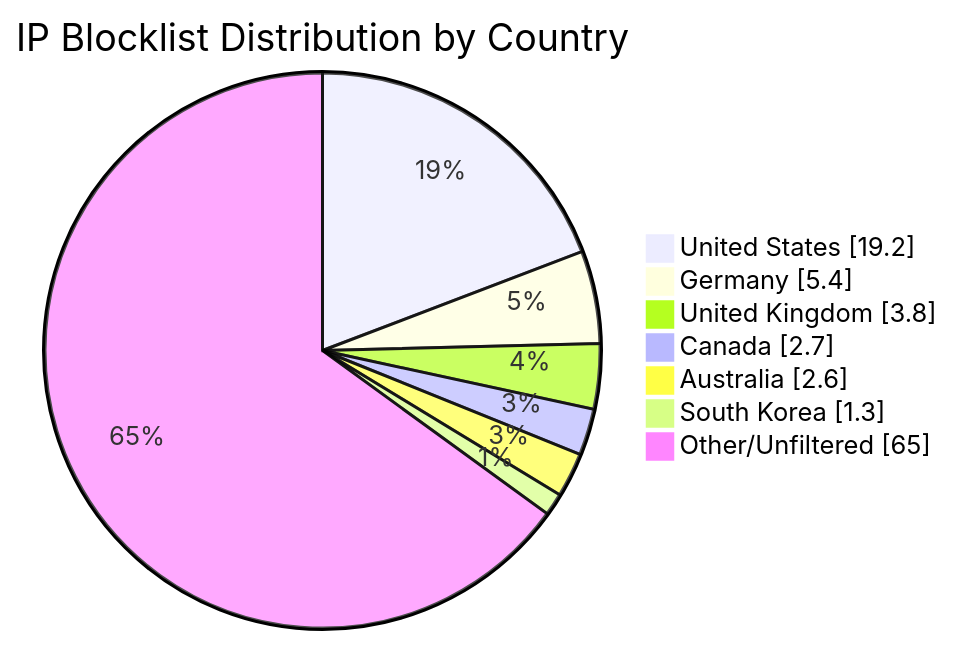
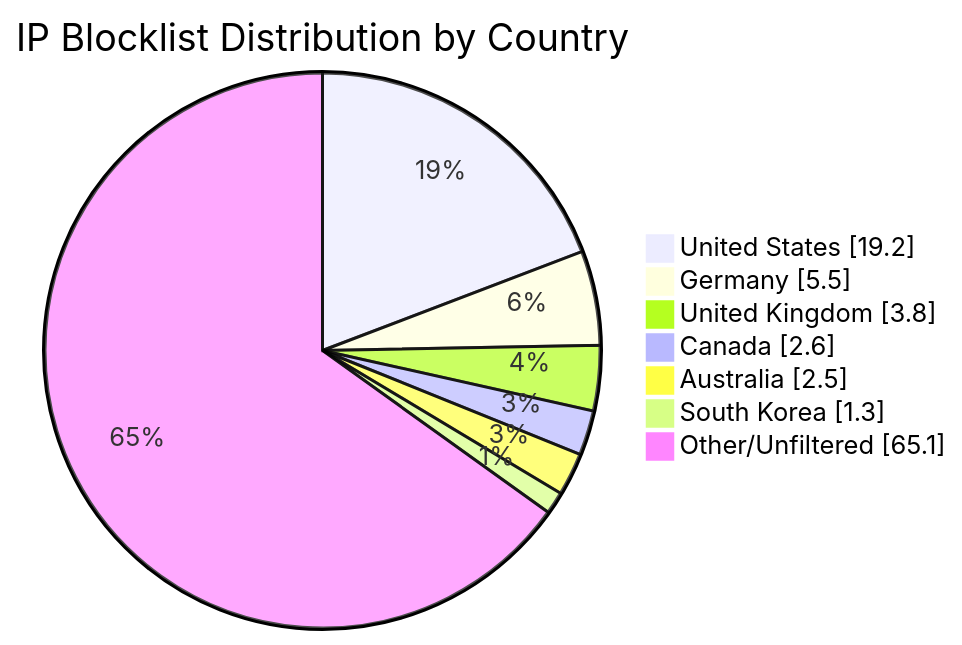
The diagram in README.md (MarcusHoltz/ipblocklist-geofiltered-aggregator), drawn with Mermaid before and after one commit. The commit also changed other lines of this file and 9 other files, not shown here.

````diff
--- a/README.md
+++ b/README.md
@@ -34,10 +34,10 @@
 ```mermaid
 pie showData title IP Blocklist Distribution by Country
 "United States" : 19.2
-"Germany" : 5.4
+"Germany" : 5.5
 "United Kingdom" : 3.8
-"Canada" : 2.7
-"Australia" : 2.6
+"Canada" : 2.6
+"Australia" : 2.5
 "South Korea" : 1.3
-"Other/Unfiltered" : 65.0
+"Other/Unfiltered" : 65.1
 ```
````
